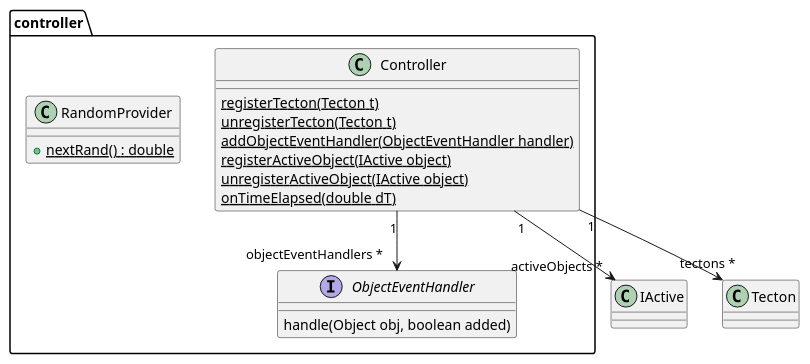
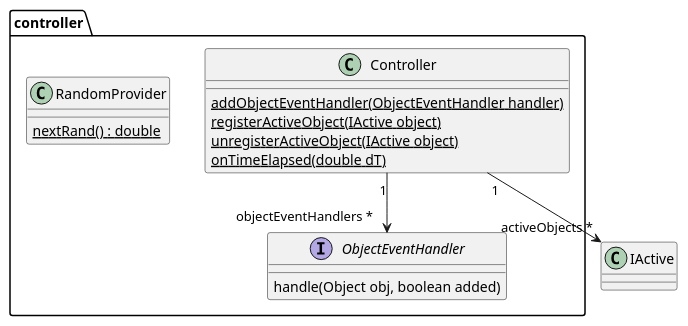
Before and after one commit to ZD4ve/projlab-error521: the diagram in GuiPlan/controller.puml, drawn with PlantUML. The commit also changed 1 other file, not shown here.

```diff
--- a/GuiPlan/controller.puml
+++ b/GuiPlan/controller.puml
@@ -1,25 +1,22 @@
 @startuml Controller Class Diagram
 
 package "controller" {
   class Controller {
-    {static} registerTecton(Tecton t)
-    {static} unregisterTecton(Tecton t)
     {static} addObjectEventHandler(ObjectEventHandler handler)
     {static} registerActiveObject(IActive object)
     {static} unregisterActiveObject(IActive object)
     {static} onTimeElapsed(double dT)
   }
 
   interface ObjectEventHandler {
     handle(Object obj, boolean added)
   }
   
   class RandomProvider {
-    + {static} nextRand() : double
+    {static} nextRand() : double
   }
 }
 Controller "1" --> "activeObjects *" IActive
-Controller "1" --> "tectons *" Tecton
 Controller "1" --> "objectEventHandlers *" ObjectEventHandler
 
 @enduml
```
